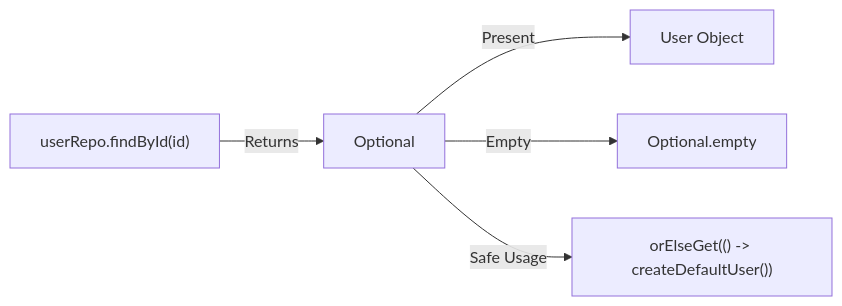
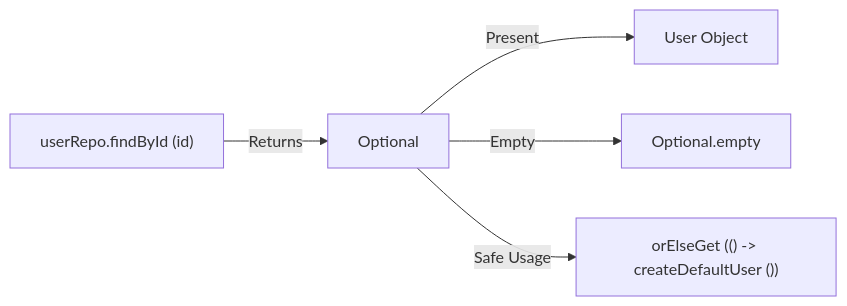
Before and after one commit to pploc/swe-icon-the-moment: the diagram in content/questions/language/java/java-optional-type-best-practices.md, drawn with Mermaid. The commit also changed 95 other files, not shown here.

Commit message:
fix: update the practice mode diagram bug not display

````diff
--- a/content/questions/language/java/java-optional-type-best-practices.md
+++ b/content/questions/language/java/java-optional-type-best-practices.md
@@ -19,11 +19,12 @@
 ```mermaid
 flowchart LR
-    Method["userRepo.findById(id)"] -->|Returns| Opt["Optional<User>"]
+    Method["userRepo.findById (id)"] -->|Returns| Opt["Optional<User>"]
     Opt -->|Present| Val["User Object"]
     Opt -->|Empty| Empty["Optional.empty"]
     
-    Opt -->|Safe Usage| Map["orElseGet(() -> createDefaultUser())"]
+    Opt -->|Safe Usage| Map["orElseGet (() -> createDefaultUser ())"]
+
 
 
 
 ```
````
